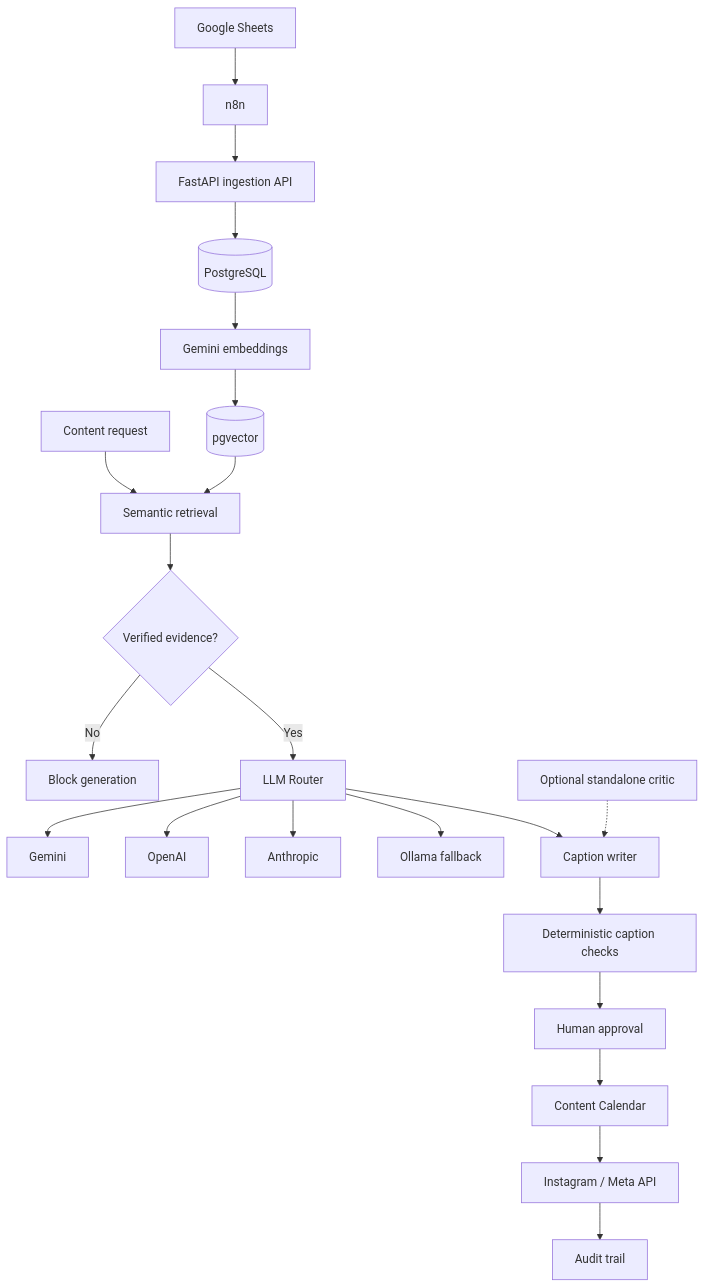
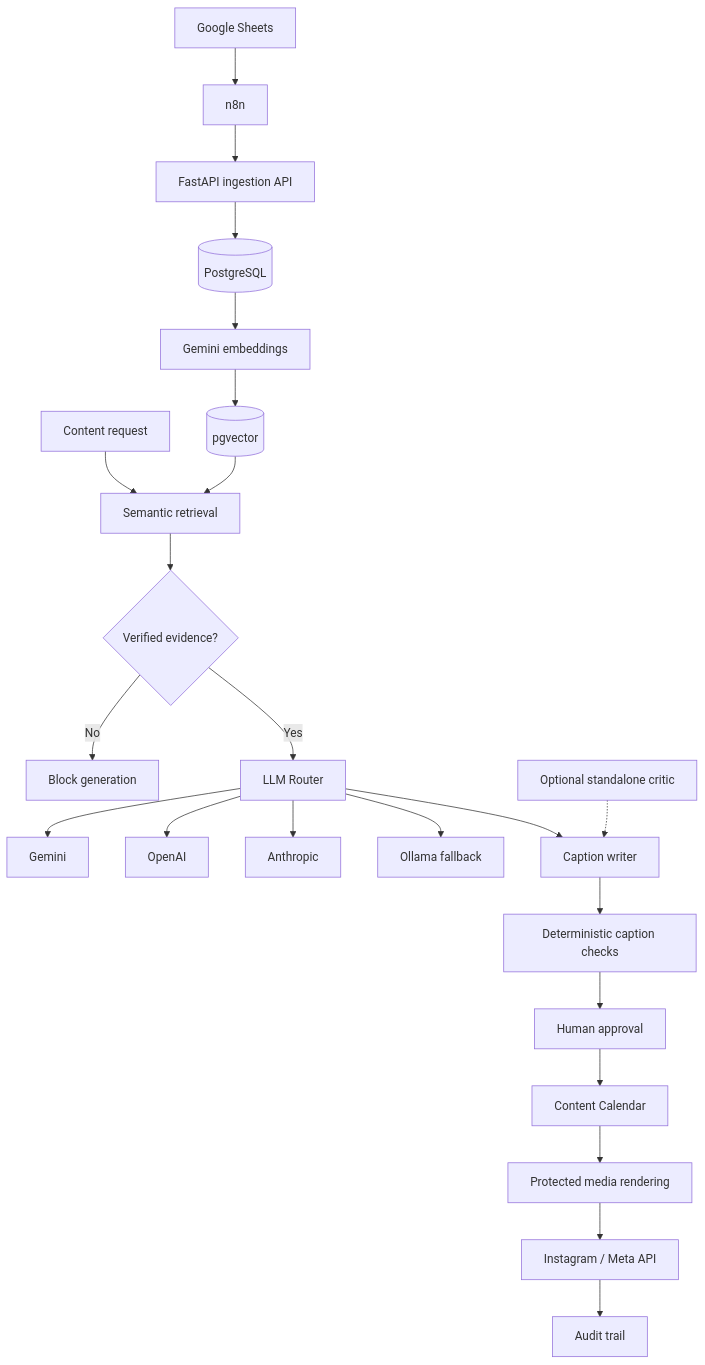
One commit to pavannandivada/dhoni-instagram-agent changed the diagram in README.md. Above: the diagram before and after it, drawn with Mermaid. The commit also changed other lines of this file, not shown here.

````diff
--- a/README.md
+++ b/README.md
@@ -41,31 +43,32 @@
 ```mermaid
 flowchart TD
     Sheets[Google Sheets] --> N8N[n8n]
     N8N --> API[FastAPI ingestion API]
 
     API --> PG[(PostgreSQL)]
     PG --> Embeddings[Gemini embeddings]
     Embeddings --> Vector[(pgvector)]
 
     Request[Content request] --> Retrieve[Semantic retrieval]
     Vector --> Retrieve
 
     Retrieve --> Verify{Verified evidence?}
 
     Verify -->|No| Block[Block generation]
     Verify -->|Yes| Router[LLM Router]
 
     Router --> Gemini[Gemini]
     Router --> OpenAI[OpenAI]
     Router --> Claude[Anthropic]
     Router --> Ollama[Ollama fallback]
 
     Router --> Writer[Caption writer]
     Writer --> Sanity[Deterministic caption checks]
     Sanity --> HITL[Human approval]
     HITL --> Calendar[Content Calendar]
-    Calendar --> Meta[Instagram / Meta API]
+    Calendar --> Asset[Protected media rendering]
+    Asset --> Meta[Instagram / Meta API]
     Meta --> Audit[Audit trail]
 
     OptionalCritic[Optional standalone critic] -.-> Writer
 ```
````
